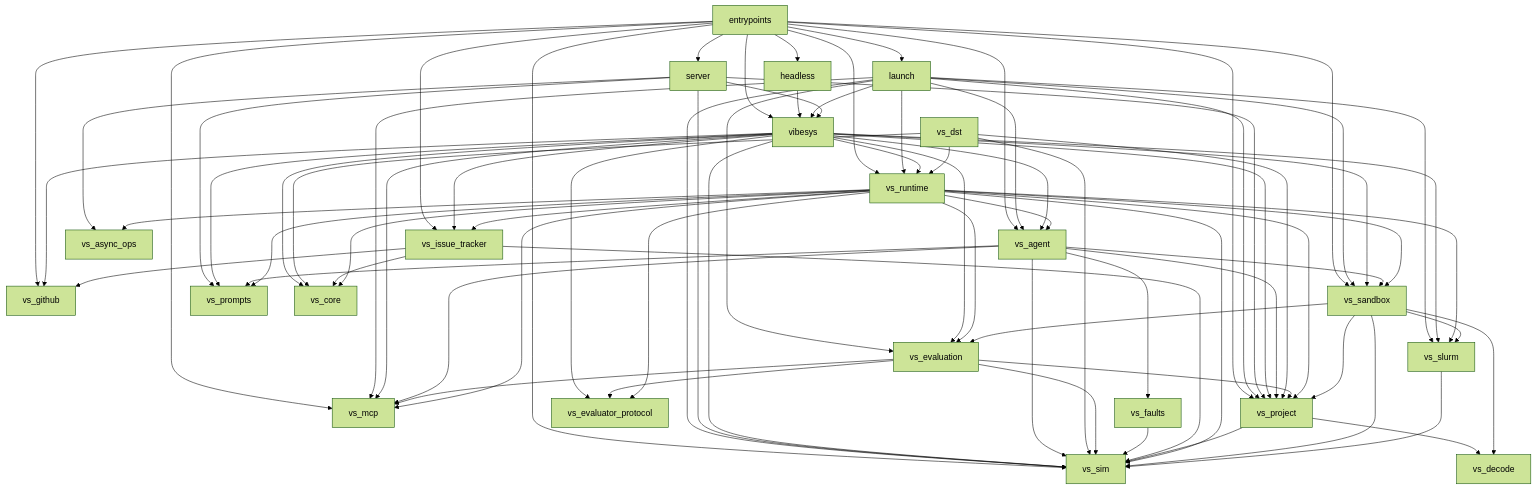
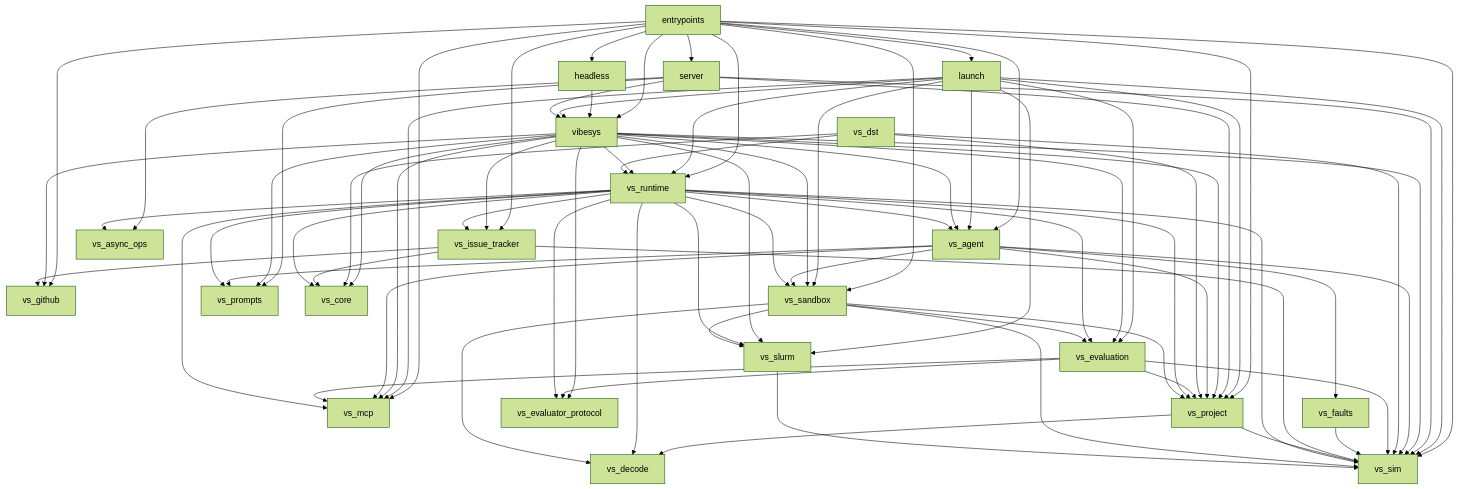
The diagram in docs/contributing/architecture.md (6Mikao9/vibesys), drawn with Mermaid (forest theme) before and after one commit. The commit also changed 9 other files, not shown here.

First line of the commit message:
fix(vs-runtime): agent workspace files decode through vs_decode; fingerprints stream and stay in the workspace (#2533)

````diff
--- a/docs/contributing/architecture.md
+++ b/docs/contributing/architecture.md
@@ -128,81 +128,82 @@
 ```mermaid
 graph TD
     entrypoints --> headless
     entrypoints --> launch
     entrypoints --> server
     entrypoints --> vibesys
     entrypoints --> vs_agent
     entrypoints --> vs_github
     entrypoints --> vs_issue_tracker
     entrypoints --> vs_mcp
     entrypoints --> vs_project
     entrypoints --> vs_runtime
     entrypoints --> vs_sandbox
     entrypoints --> vs_sim
     headless --> vibesys
     launch --> vibesys
     launch --> vs_agent
     launch --> vs_evaluation
     launch --> vs_mcp
     launch --> vs_project
     launch --> vs_runtime
     launch --> vs_sandbox
     launch --> vs_sim
     launch --> vs_slurm
     server --> vibesys
     server --> vs_async_ops
     server --> vs_project
     server --> vs_prompts
     server --> vs_sim
     vibesys --> vs_agent
     vibesys --> vs_core
     vibesys --> vs_evaluation
     vibesys --> vs_evaluator_protocol
     vibesys --> vs_github
     vibesys --> vs_issue_tracker
     vibesys --> vs_mcp
     vibesys --> vs_project
     vibesys --> vs_prompts
     vibesys --> vs_runtime
     vibesys --> vs_sandbox
     vibesys --> vs_sim
     vibesys --> vs_slurm
     vs_agent --> vs_faults
     vs_agent --> vs_mcp
     vs_agent --> vs_project
     vs_agent --> vs_prompts
     vs_agent --> vs_sandbox
     vs_agent --> vs_sim
     vs_dst --> vs_core
     vs_dst --> vs_project
     vs_dst --> vs_runtime
     vs_dst --> vs_sim
     vs_evaluation --> vs_evaluator_protocol
     vs_evaluation --> vs_mcp
     vs_evaluation --> vs_project
     vs_evaluation --> vs_sim
     vs_faults --> vs_sim
     vs_issue_tracker --> vs_core
     vs_issue_tracker --> vs_github
     vs_issue_tracker --> vs_sim
     vs_project --> vs_decode
     vs_project --> vs_sim
     vs_runtime --> vs_agent
     vs_runtime --> vs_async_ops
     vs_runtime --> vs_core
+    vs_runtime --> vs_decode
     vs_runtime --> vs_evaluation
     vs_runtime --> vs_evaluator_protocol
     vs_runtime --> vs_issue_tracker
     vs_runtime --> vs_mcp
     vs_runtime --> vs_project
     vs_runtime --> vs_prompts
     vs_runtime --> vs_sandbox
     vs_runtime --> vs_sim
     vs_runtime --> vs_slurm
     vs_sandbox --> vs_decode
     vs_sandbox --> vs_evaluation
     vs_sandbox --> vs_project
     vs_sandbox --> vs_sim
     vs_sandbox --> vs_slurm
     vs_slurm --> vs_sim
 ```
````
